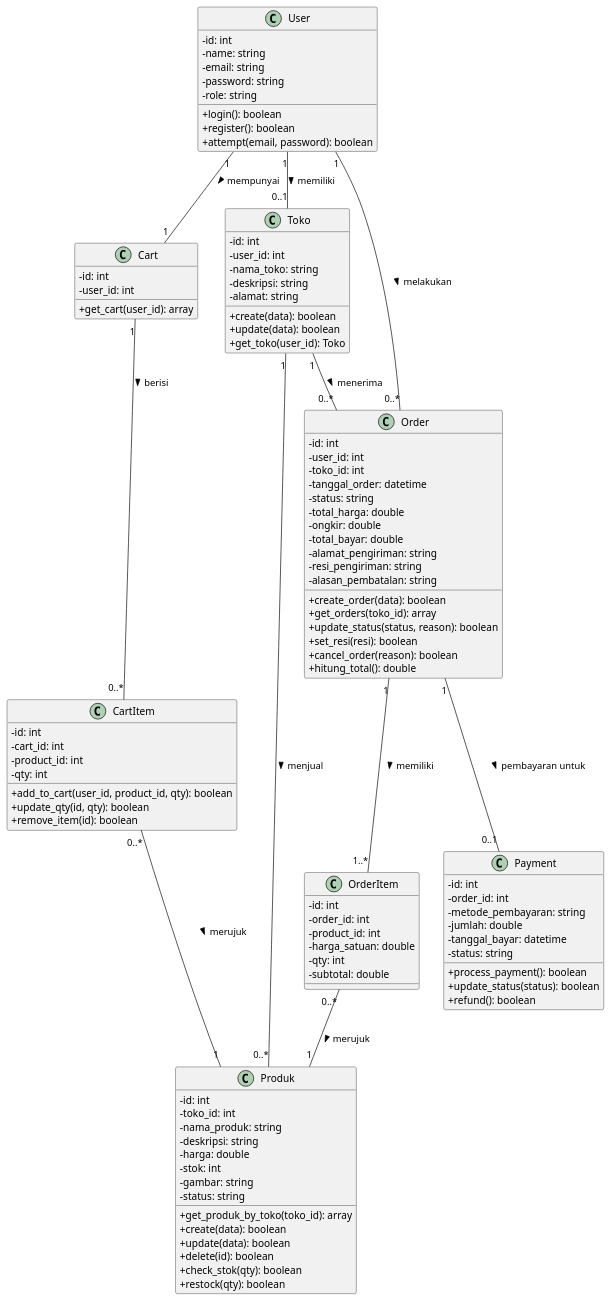
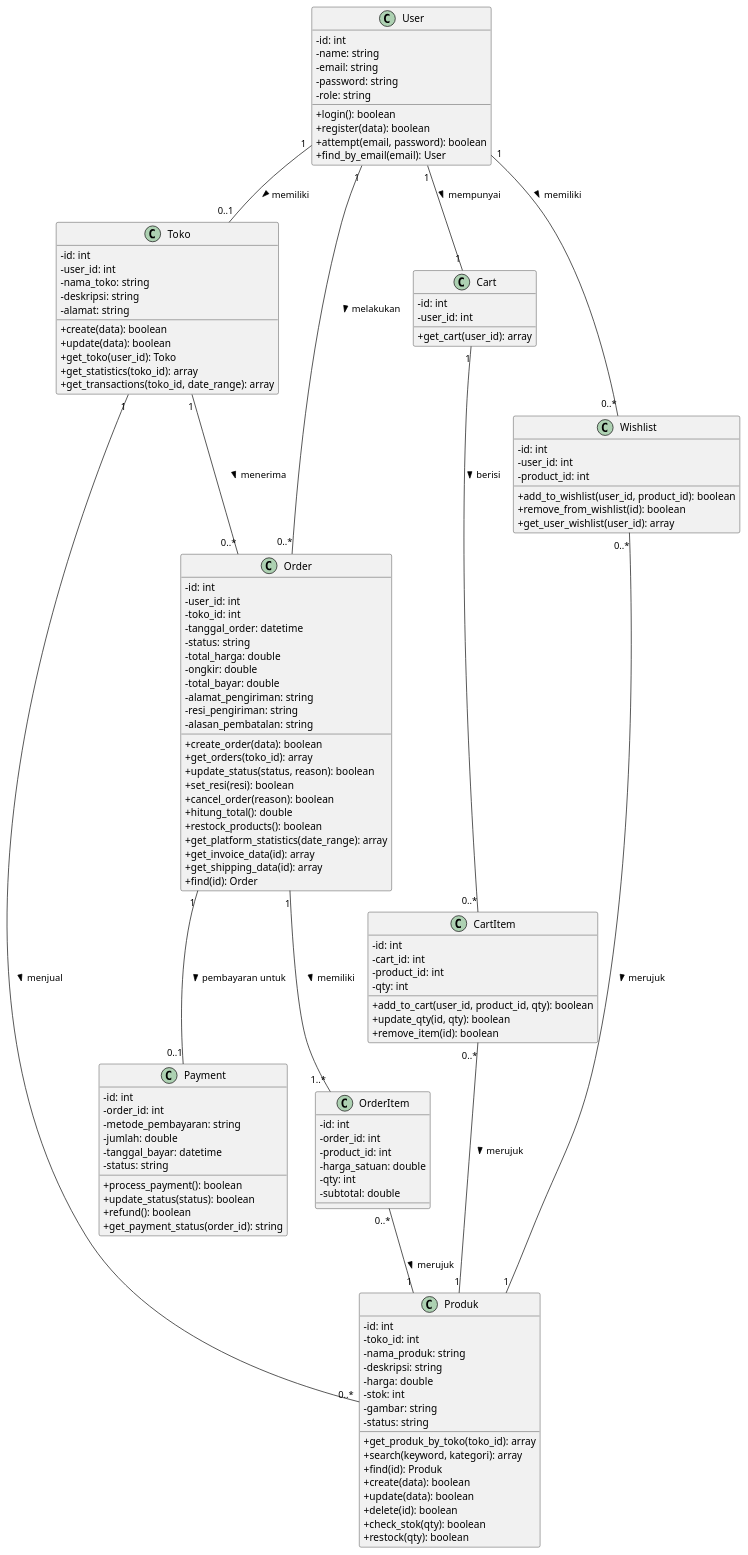
The diagram in docs/uml/class-diagram.puml (GitSyah111/toko-umkm-app), drawn with PlantUML before and after one commit. The commit also changed 35 other files, not shown here.

First line of the commit message:
feat: add database schema, seeders, and wishlist entity

```diff
--- a/docs/uml/class-diagram.puml
+++ b/docs/uml/class-diagram.puml
@@ -1,115 +1,138 @@
 @startuml
 skinparam classAttributeIconSize 0
 skinparam packageStyle rectangle
 
 class User {
   - id: int
   - name: string
   - email: string
   - password: string
   - role: string
   + login(): boolean
-  + register(): boolean
+  + register(data): boolean
   + attempt(email, password): boolean
+  + find_by_email(email): User
 }
 
 class Toko {
   - id: int
   - user_id: int
   - nama_toko: string
   - deskripsi: string
   - alamat: string
   + create(data): boolean
   + update(data): boolean
   + get_toko(user_id): Toko
+  + get_statistics(toko_id): array
+  + get_transactions(toko_id, date_range): array
 }
 
 class Produk {
   - id: int
   - toko_id: int
   - nama_produk: string
   - deskripsi: string
   - harga: double
   - stok: int
   - gambar: string
   - status: string
   + get_produk_by_toko(toko_id): array
+  + search(keyword, kategori): array
+  + find(id): Produk
   + create(data): boolean
   + update(data): boolean
   + delete(id): boolean
   + check_stok(qty): boolean
   + restock(qty): boolean
 }
 
 class Cart {
   - id: int
   - user_id: int
   + get_cart(user_id): array
 }
 
 class CartItem {
   - id: int
   - cart_id: int
   - product_id: int
   - qty: int
   + add_to_cart(user_id, product_id, qty): boolean
   + update_qty(id, qty): boolean
   + remove_item(id): boolean
 }
 
 class Order {
   - id: int
   - user_id: int
   - toko_id: int
   - tanggal_order: datetime
   - status: string
   - total_harga: double
   - ongkir: double
   - total_bayar: double
   - alamat_pengiriman: string
   - resi_pengiriman: string
   - alasan_pembatalan: string
   + create_order(data): boolean
   + get_orders(toko_id): array
   + update_status(status, reason): boolean
   + set_resi(resi): boolean
   + cancel_order(reason): boolean
   + hitung_total(): double
+  + restock_products(): boolean
+  + get_platform_statistics(date_range): array
+  + get_invoice_data(id): array
+  + get_shipping_data(id): array
+  + find(id): Order
 }
 
 class OrderItem {
   - id: int
   - order_id: int
   - product_id: int
   - harga_satuan: double
   - qty: int
   - subtotal: double
 }
 
 class Payment {
   - id: int
   - order_id: int
   - metode_pembayaran: string
   - jumlah: double
   - tanggal_bayar: datetime
   - status: string
   + process_payment(): boolean
   + update_status(status): boolean
   + refund(): boolean
+  + get_payment_status(order_id): string
+}
+
+class Wishlist {
+  - id: int
+  - user_id: int
+  - product_id: int
+  + add_to_wishlist(user_id, product_id): boolean
+  + remove_from_wishlist(id): boolean
+  + get_user_wishlist(user_id): array
 }
 
 User "1" -- "0..1" Toko : memiliki >
 User "1" -- "1" Cart : mempunyai >
 User "1" -- "0..*" Order : melakukan >
+User "1" -- "0..*" Wishlist : memiliki >
 
 Toko "1" -- "0..*" Produk : menjual >
 Toko "1" -- "0..*" Order : menerima >
 
 Cart "1" -- "0..*" CartItem : berisi >
 CartItem "0..*" -- "1" Produk : merujuk >
 
 Order "1" -- "1..*" OrderItem : memiliki >
 OrderItem "0..*" -- "1" Produk : merujuk >
 Order "1" -- "0..1" Payment : pembayaran untuk >
 
+Wishlist "0..*" -- "1" Produk : merujuk >
+
 @enduml
```
